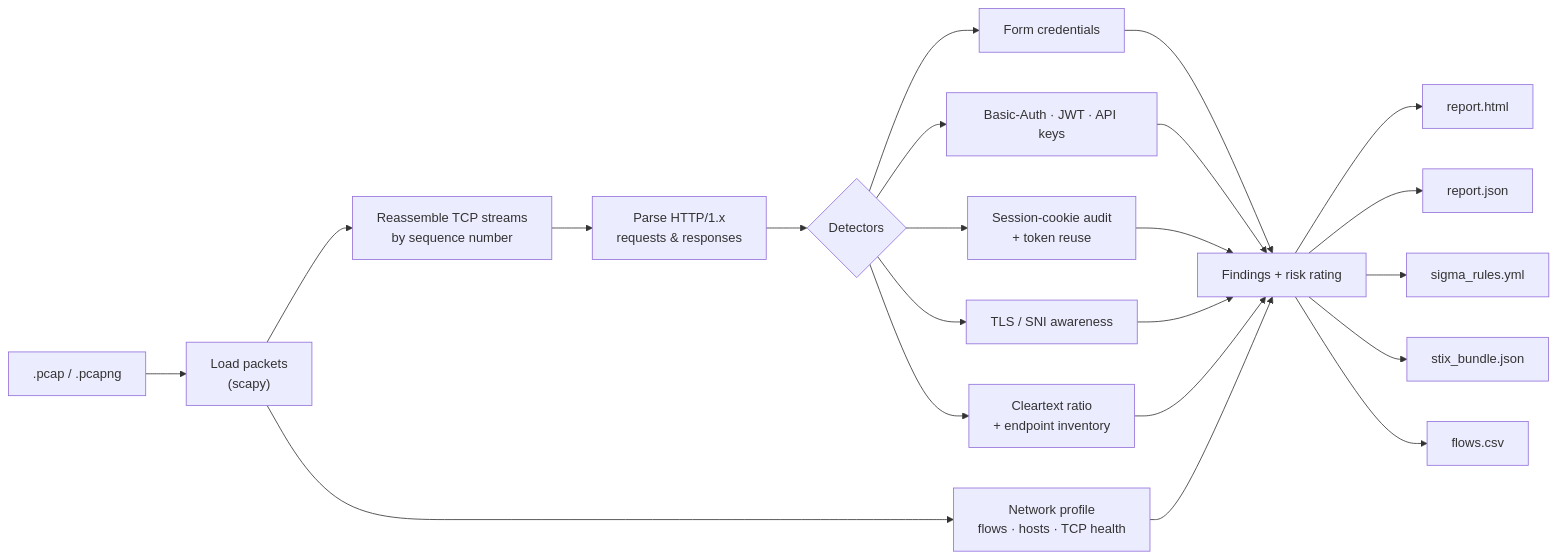
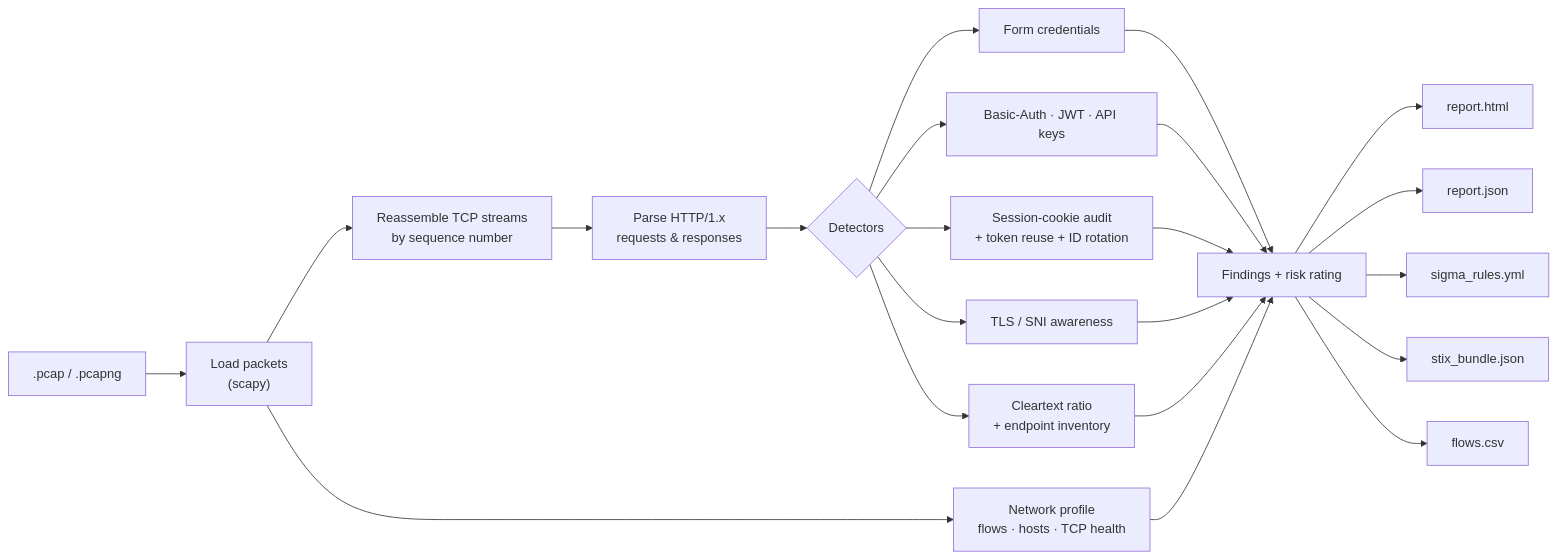
One commit to zainabthaa/network-forensics-toolkit changed the first of 2 diagrams in README.md. Above: the diagram before and after it, drawn with Mermaid. The commit also changed other lines of this file and 2 other files, not shown here.

````diff
--- a/README.md
+++ b/README.md
@@ -66,19 +66,19 @@
 ```mermaid
 flowchart LR
     A[".pcap / .pcapng"] --> B["Load packets<br/>(scapy)"]
     B --> C["Reassemble TCP streams<br/>by sequence number"]
     C --> D["Parse HTTP/1.x<br/>requests & responses"]
     D --> E{"Detectors"}
     E --> E1["Form credentials"]
     E --> E2["Basic-Auth · JWT · API keys"]
-    E --> E3["Session-cookie audit<br/>+ token reuse"]
+    E --> E3["Session-cookie audit<br/>+ token reuse + ID rotation"]
     E --> E4["TLS / SNI awareness"]
     E --> E5["Cleartext ratio<br/>+ endpoint inventory"]
     B --> E6["Network profile<br/>flows · hosts · TCP health"]
     E1 & E2 & E3 & E4 & E5 & E6 --> F["Findings + risk rating"]
     F --> G1["report.html"]
     F --> G2["report.json"]
     F --> G3["sigma_rules.yml"]
     F --> G4["stix_bundle.json"]
     F --> G5["flows.csv"]
 ```
````
